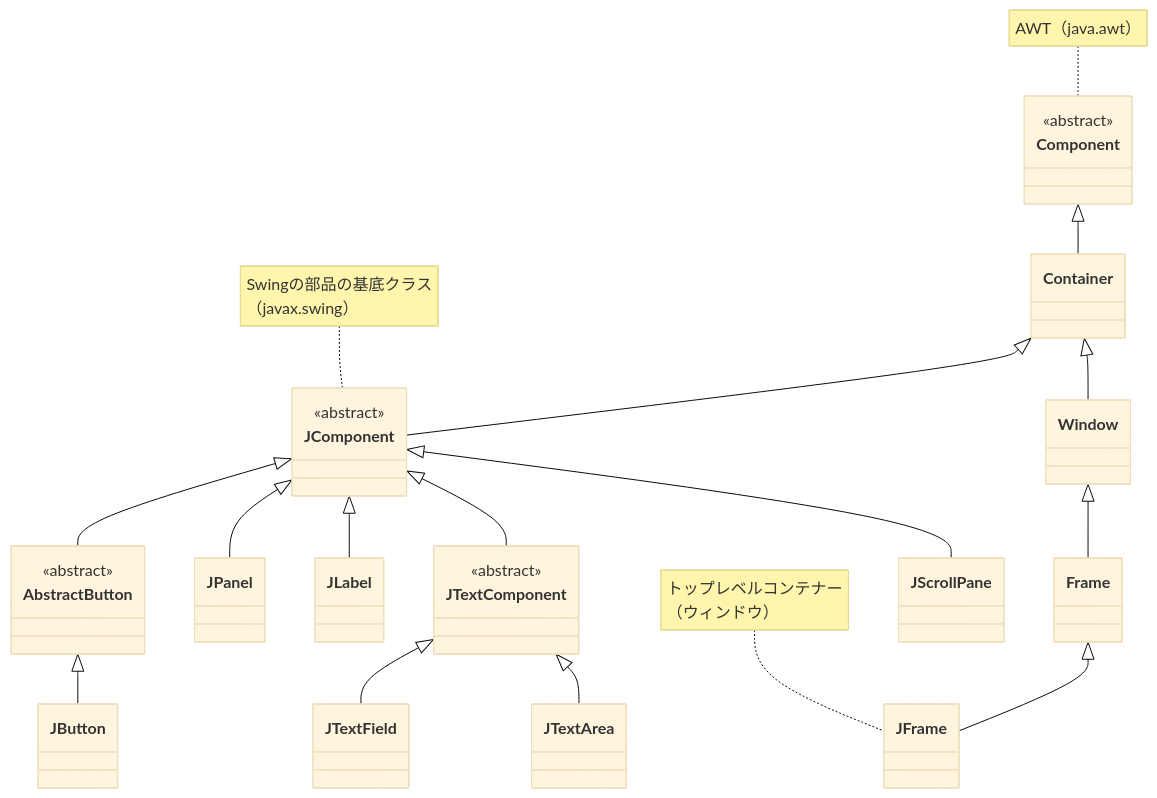
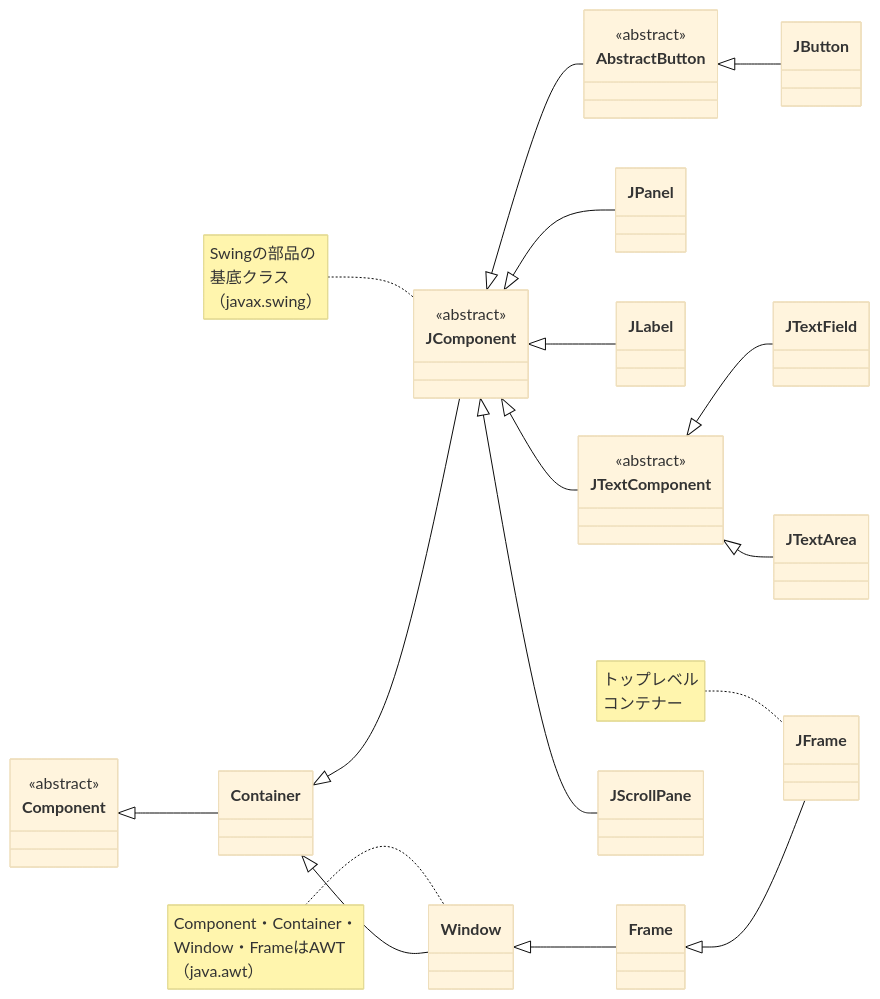
One commit to Nagatani/techbook-java-primer changed the diagram in docs/diagrams/chapter17-swing-hierarchy.mmd. Above: the diagram before and after it, drawn with Mermaid (base theme). The commit also changed 86 other files, not shown here.

First line of the commit message:
feat: 図の文字をBIZ UDPゴシックにする

```diff
--- a/docs/diagrams/chapter17-swing-hierarchy.mmd
+++ b/docs/diagrams/chapter17-swing-hierarchy.mmd
@@ -1,42 +1,43 @@
 classDiagram
+    direction LR
 
     class Component {
         <<abstract>>
     }
     class Container
     class JComponent {
         <<abstract>>
     }
     class Window
     class Frame
     class JFrame
     class JPanel
     class JLabel
     class AbstractButton {
         <<abstract>>
     }
     class JButton
     class JTextComponent {
         <<abstract>>
     }
     class JTextField
     class JTextArea
     class JScrollPane
 
     Component <|-- Container
     Container <|-- JComponent
     Container <|-- Window
     Window <|-- Frame
     Frame <|-- JFrame
     JComponent <|-- JPanel
     JComponent <|-- JLabel
     JComponent <|-- AbstractButton
     AbstractButton <|-- JButton
     JComponent <|-- JTextComponent
     JTextComponent <|-- JTextField
     JTextComponent <|-- JTextArea
     JComponent <|-- JScrollPane
 
-    note for Component "AWT（java.awt）"
-    note for JComponent "Swingの部品の基底クラス<br/>（javax.swing）"
-    note for JFrame "トップレベルコンテナー<br/>（ウィンドウ）"
+    note for Window "Component・Container・<br/>Window・FrameはAWT<br/>（java.awt）"
+    note for JComponent "Swingの部品の<br/>基底クラス<br/>（javax.swing）"
+    note for JFrame "トップレベル<br/>コンテナー"
```
